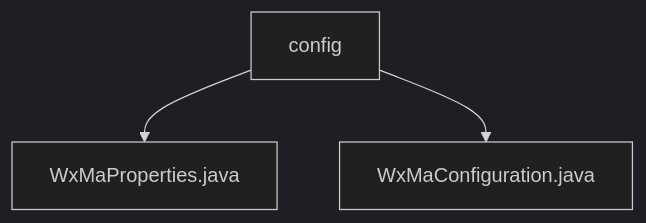
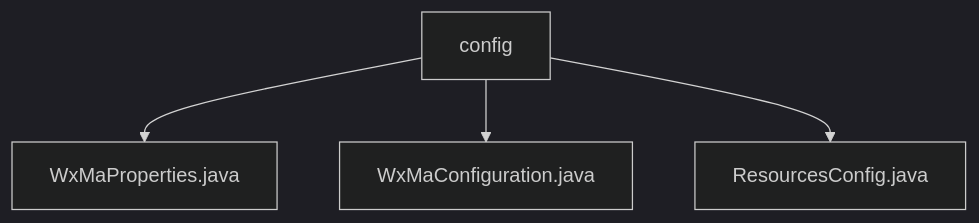
Before and after one commit to v-wjrong/rongwj666_weixin-java-miniapp-demo: the diagram in docs/en/docs/src/main/java/com/github/binarywang/demo/wx/miniapp/config/_module.md, drawn with Mermaid (dark theme). The commit also changed other lines of this file and 37 other files, not shown here.

````diff
--- a/docs/en/docs/src/main/java/com/github/binarywang/demo/wx/miniapp/config/_module.md
+++ b/docs/en/docs/src/main/java/com/github/binarywang/demo/wx/miniapp/config/_module.md
@@ -22,5 +22,6 @@
 ```mermaid
 graph TD
     config --> WxMaProperties.java
     config --> WxMaConfiguration.java
+    config --> ResourcesConfig.java
 ```
````
